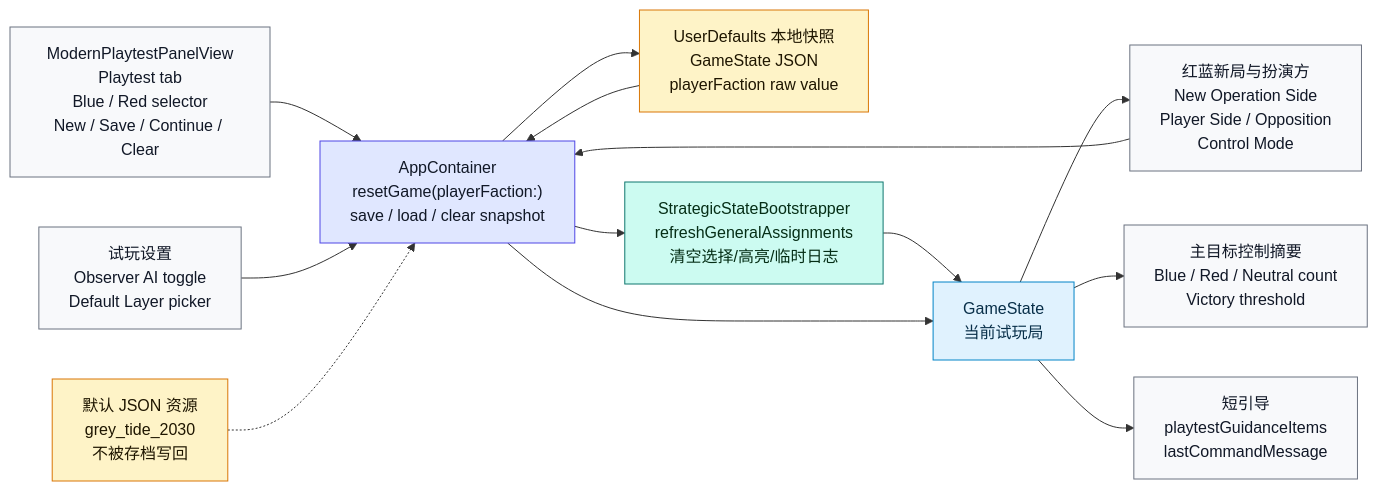
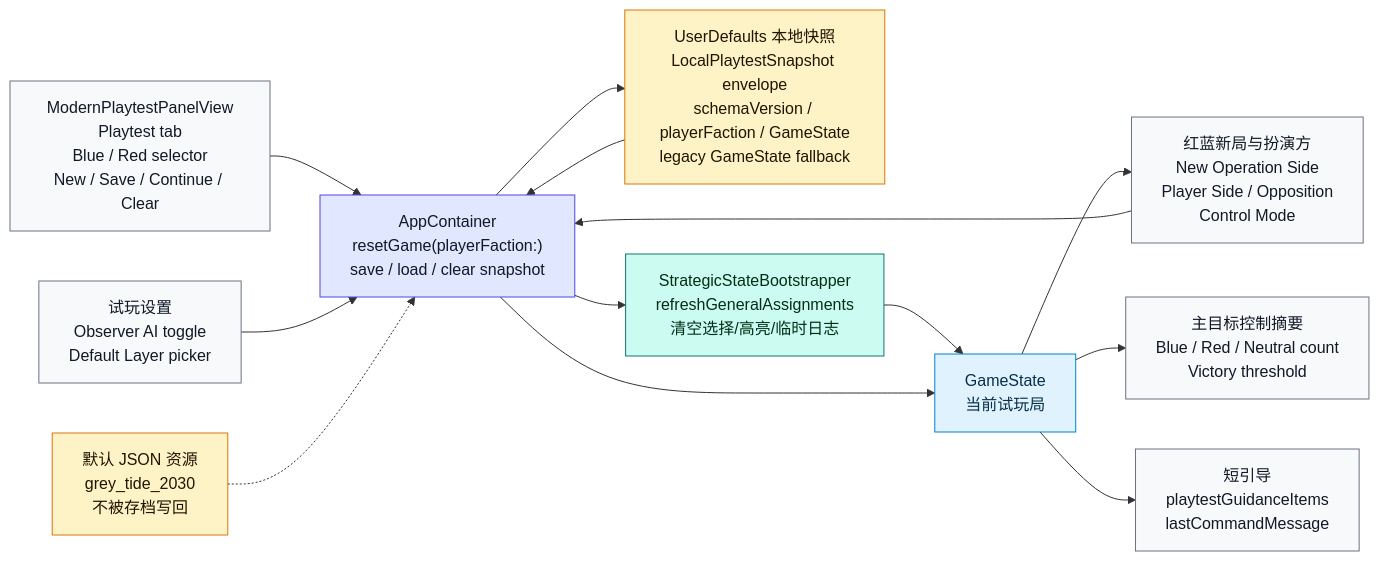
Before and after one commit to Altman-sam114/127: diagram 11 of 20 in md/flow/flowchart.md, drawn with Mermaid. The commit also changed 6 other files, not shown here.

Commit message:
feat: version playtest snapshots

````diff
--- a/md/flow/flowchart.md
+++ b/md/flow/flowchart.md
@@ -323,30 +323,30 @@
 ```mermaid
 flowchart LR
     UI["ModernPlaytestPanelView<br/>Playtest tab<br/>Blue / Red selector<br/>New / Save / Continue / Clear"]:::display
     SETTINGS["试玩设置<br/>Observer AI toggle<br/>Default Layer picker"]:::display
     ROLE["红蓝新局与扮演方<br/>New Operation Side<br/>Player Side / Opposition<br/>Control Mode"]:::display
     OBJECTIVE["主目标控制摘要<br/>Blue / Red / Neutral count<br/>Victory threshold"]:::display
     GUIDE["短引导<br/>playtestGuidanceItems<br/>lastCommandMessage"]:::display
     APP["AppContainer<br/>resetGame(playerFaction:)<br/>save / load / clear snapshot"]:::app
-    SNAP["UserDefaults 本地快照<br/>GameState JSON<br/>playerFaction raw value"]:::data
+    SNAP["UserDefaults 本地快照<br/>LocalPlaytestSnapshot envelope<br/>schemaVersion / playerFaction / GameState<br/>legacy GameState fallback"]:::data
     BOOT["StrategicStateBootstrapper<br/>refreshGeneralAssignments<br/>清空选择/高亮/临时日志"]:::rules
     STATE["GameState<br/>当前试玩局"]:::state
     RES["默认 JSON 资源<br/>grey_tide_2030<br/>不被存档写回"]:::data
 
     UI --> APP
     SETTINGS --> APP
     ROLE --> APP
     STATE --> ROLE
     STATE --> OBJECTIVE
     STATE --> GUIDE
     APP --> SNAP
     SNAP --> APP --> BOOT --> STATE
     APP --> STATE
     RES -.-> APP
 
     classDef display fill:#f8f9fb,stroke:#6b7280,color:#111827
     classDef app fill:#e0e7ff,stroke:#4f46e5,color:#111827
     classDef data fill:#fef3c7,stroke:#d97706,color:#1f1600
     classDef rules fill:#ccfbf1,stroke:#0f766e,color:#052e16
     classDef state fill:#e0f2fe,stroke:#0284c7,color:#082f49
 ```
````
